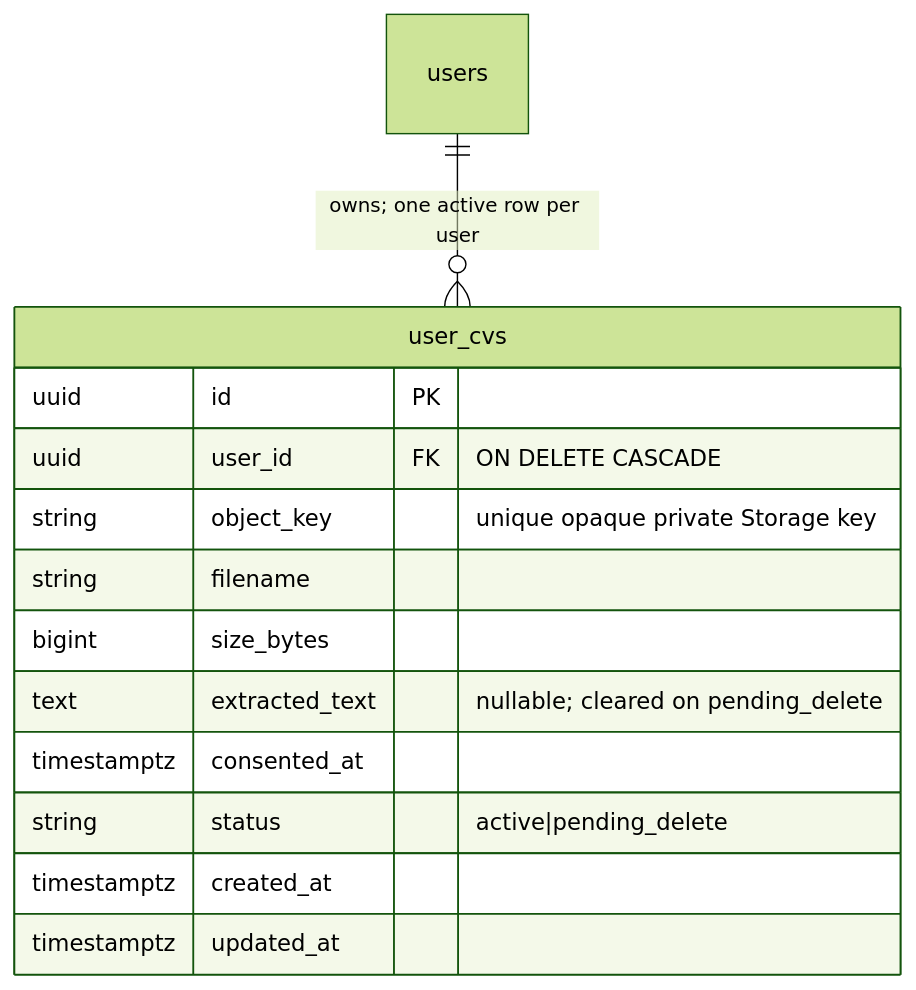
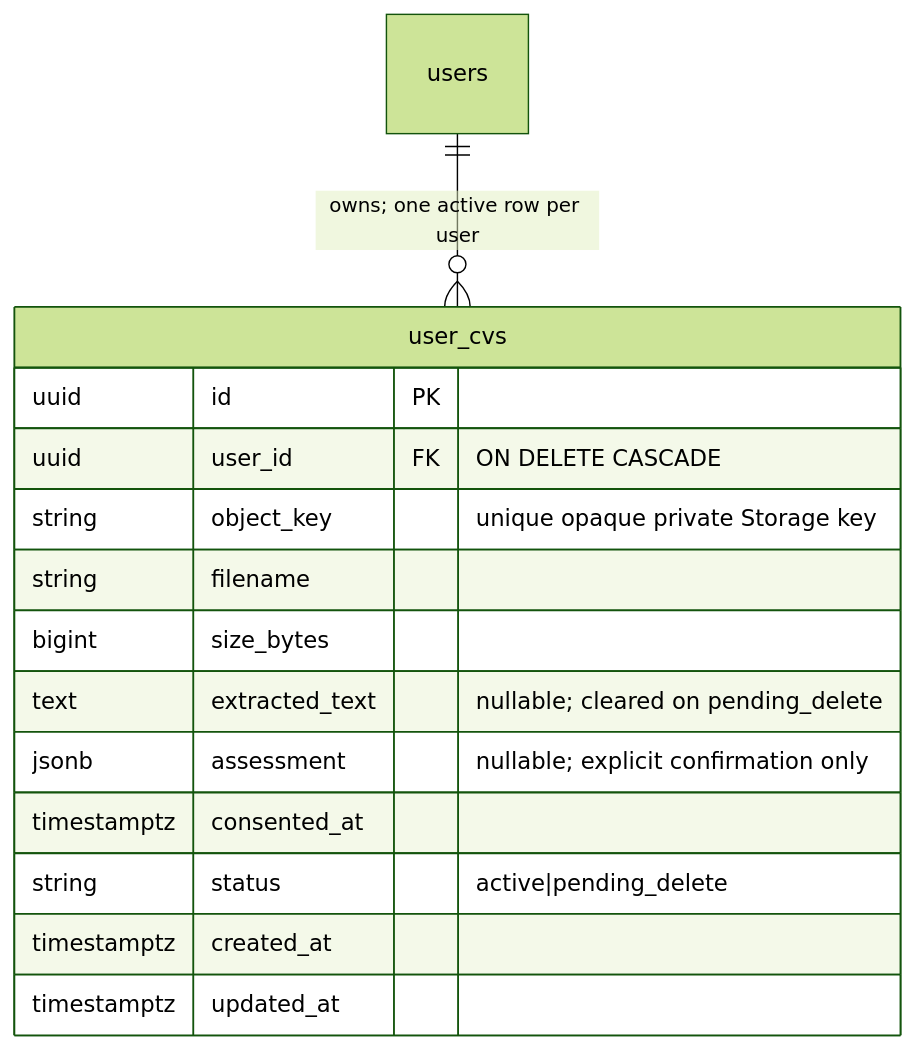
Before and after one commit to lancelotviendangkhoa710/KnowledgeHub_website: the fourth of 8 diagrams in docs/ERD.md, drawn with Mermaid (forest theme). The commit also changed other lines of this file and 39 other files, not shown here.

````diff
--- a/docs/ERD.md
+++ b/docs/ERD.md
@@ -154,16 +156,17 @@
 ```mermaid
 erDiagram
     users ||--o{ user_cvs : "owns; one active row per user"
     user_cvs {
         uuid id PK
         uuid user_id FK "ON DELETE CASCADE"
         string object_key "unique opaque private Storage key"
         string filename
         bigint size_bytes
         text extracted_text "nullable; cleared on pending_delete"
+        jsonb assessment "nullable; explicit confirmation only"
         timestamptz consented_at
         string status "active|pending_delete"
         timestamptz created_at
         timestamptz updated_at
     }
 ```
````
